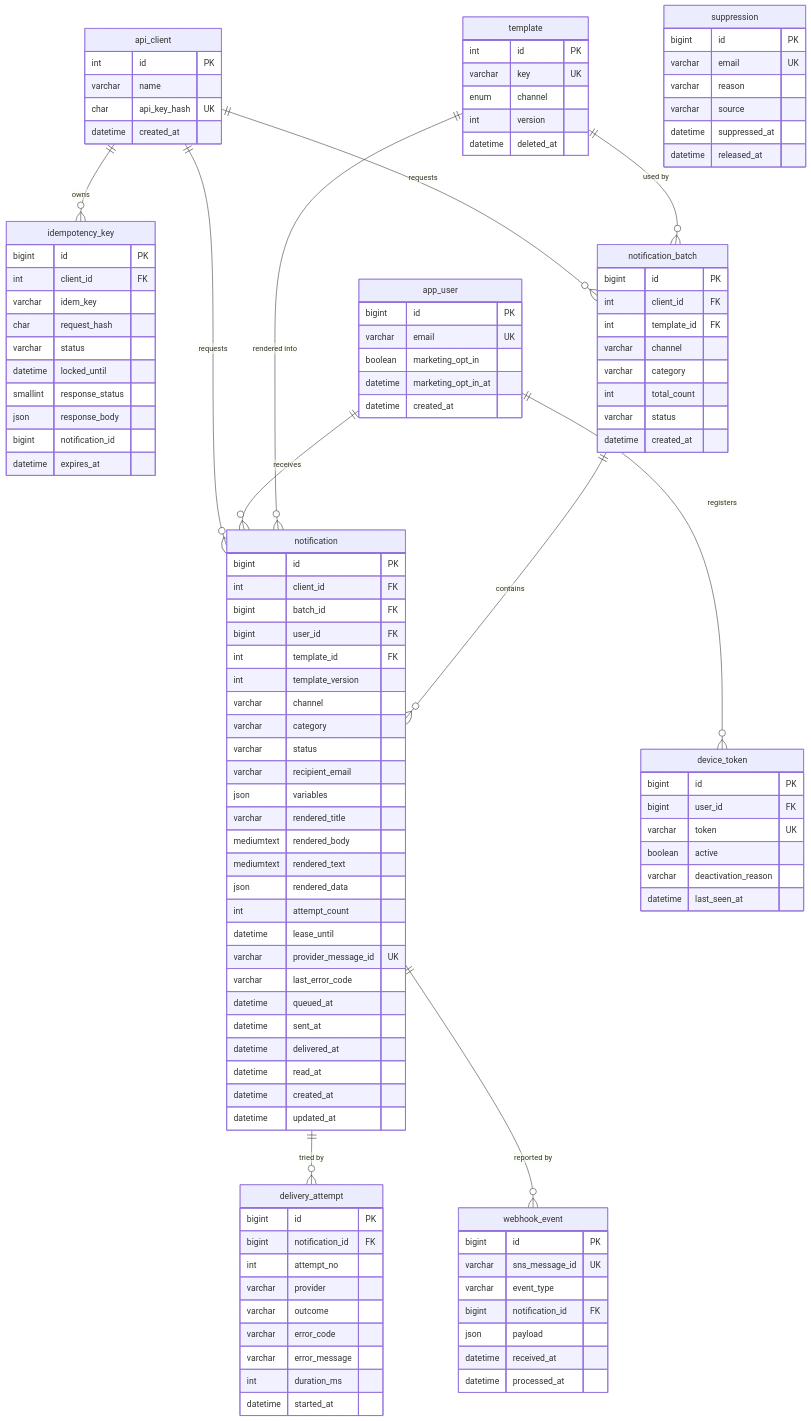
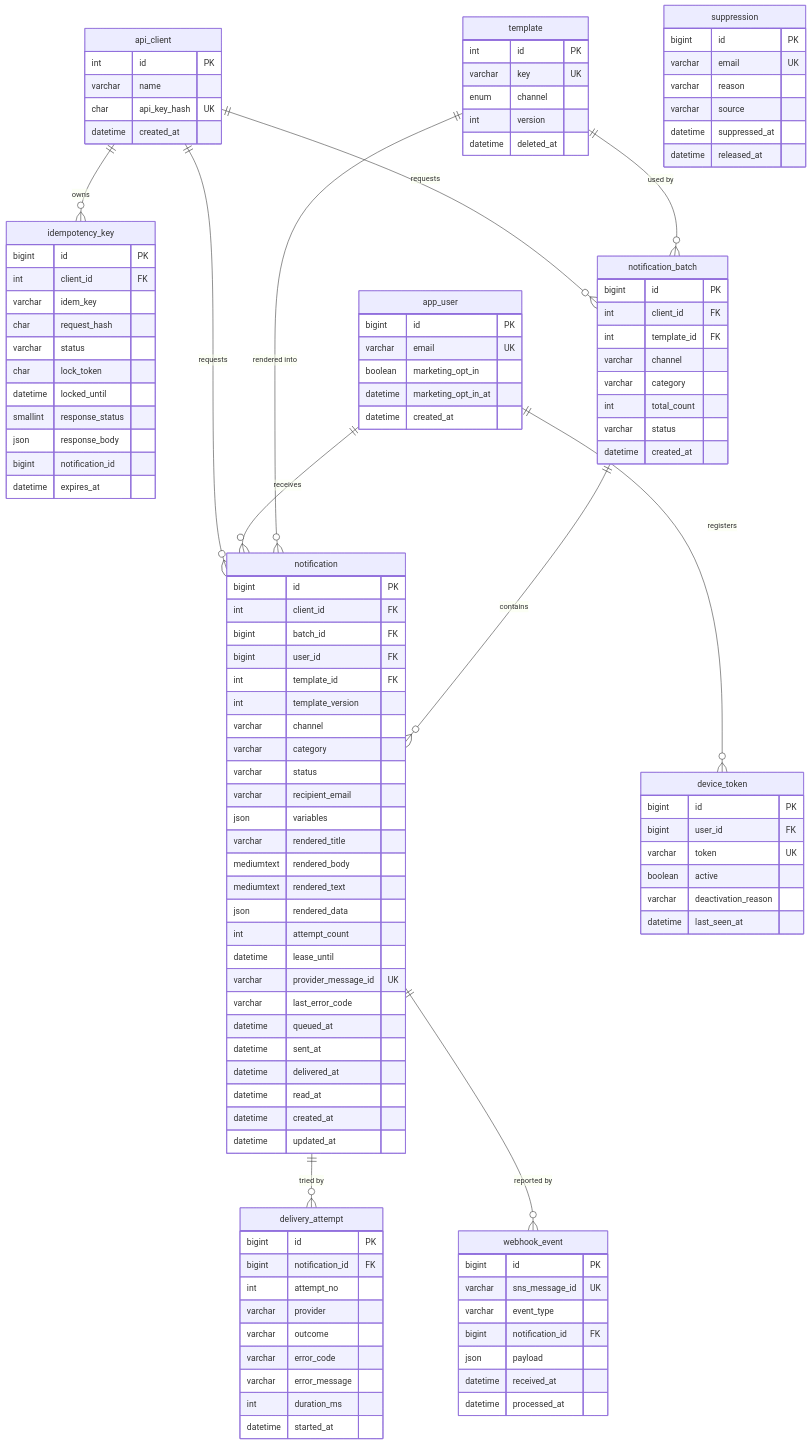
One commit to lee-mark01/notification-platform changed the diagram in docs/design/erd.md. Above: the diagram before and after it, drawn with Mermaid. The commit also changed other lines of this file and 6 other files, not shown here.

First line of the commit message:
fix: fence idempotency completion with a lock token

```diff
--- a/docs/design/erd.md
+++ b/docs/design/erd.md
@@ -115,6 +115,7 @@
         varchar idem_key
         char request_hash
         varchar status
+        char lock_token
         datetime locked_until
         smallint response_status
         json response_body
```
